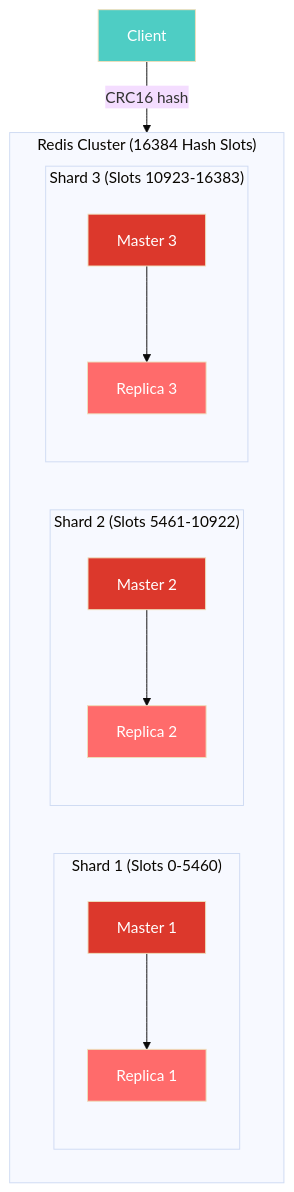
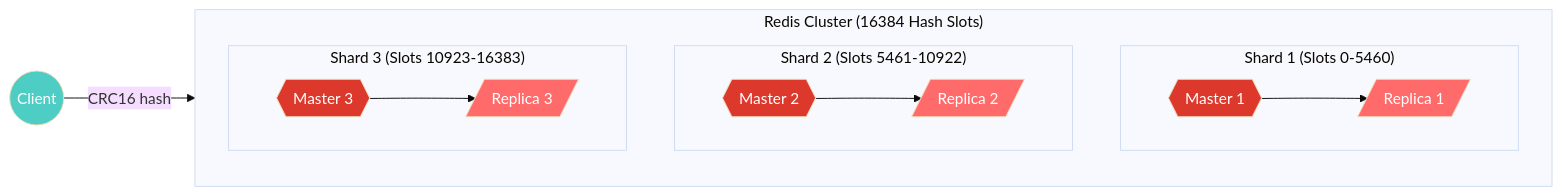
Before and after one commit to saivamsikaruturi/vamsilabs-dev-notes-main: the sixth of 9 diagrams in docs/redis.md, drawn with Mermaid (base theme). The commit also changed other lines of this file and 146 other files, not shown here.

Commit message:
Horizontal diagrams, UML class diagrams, typography overhaul, and permalink cleanup

````diff
--- a/docs/redis.md
+++ b/docs/redis.md
@@ -351,30 +351,30 @@
 ```mermaid
-graph TB
+flowchart LR
     subgraph Cluster["Redis Cluster (16384 Hash Slots)"]
         subgraph S1["Shard 1 (Slots 0-5460)"]
-            M1[Master 1]
-            R1[Replica 1]
+            M1{{"Master 1"}}
+            R1[/"Replica 1"/]
             M1 --> R1
         end
         subgraph S2["Shard 2 (Slots 5461-10922)"]
-            M2[Master 2]
-            R2[Replica 2]
+            M2{{"Master 2"}}
+            R2[/"Replica 2"/]
             M2 --> R2
         end
         subgraph S3["Shard 3 (Slots 10923-16383)"]
-            M3[Master 3]
-            R3[Replica 3]
+            M3{{"Master 3"}}
+            R3[/"Replica 3"/]
             M3 --> R3
         end
     end
 
-    Client[Client] -->|CRC16 hash| Cluster
+    Client(("Client")) -->|CRC16 hash| Cluster
 
     style M1 fill:#dc382c,color:#fff
     style M2 fill:#dc382c,color:#fff
     style M3 fill:#dc382c,color:#fff
     style R1 fill:#ff6b6b,color:#fff
     style R2 fill:#ff6b6b,color:#fff
     style R3 fill:#ff6b6b,color:#fff
     style Client fill:#4ecdc4,color:#fff
 ```
````
